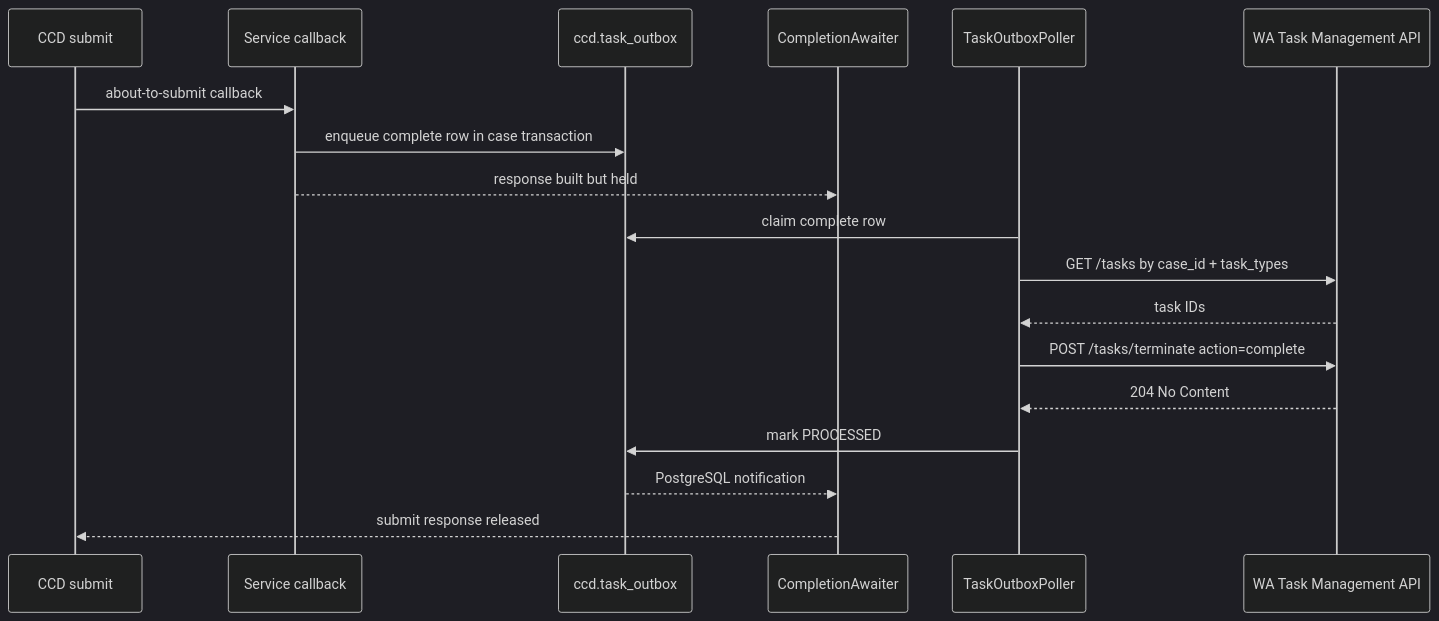
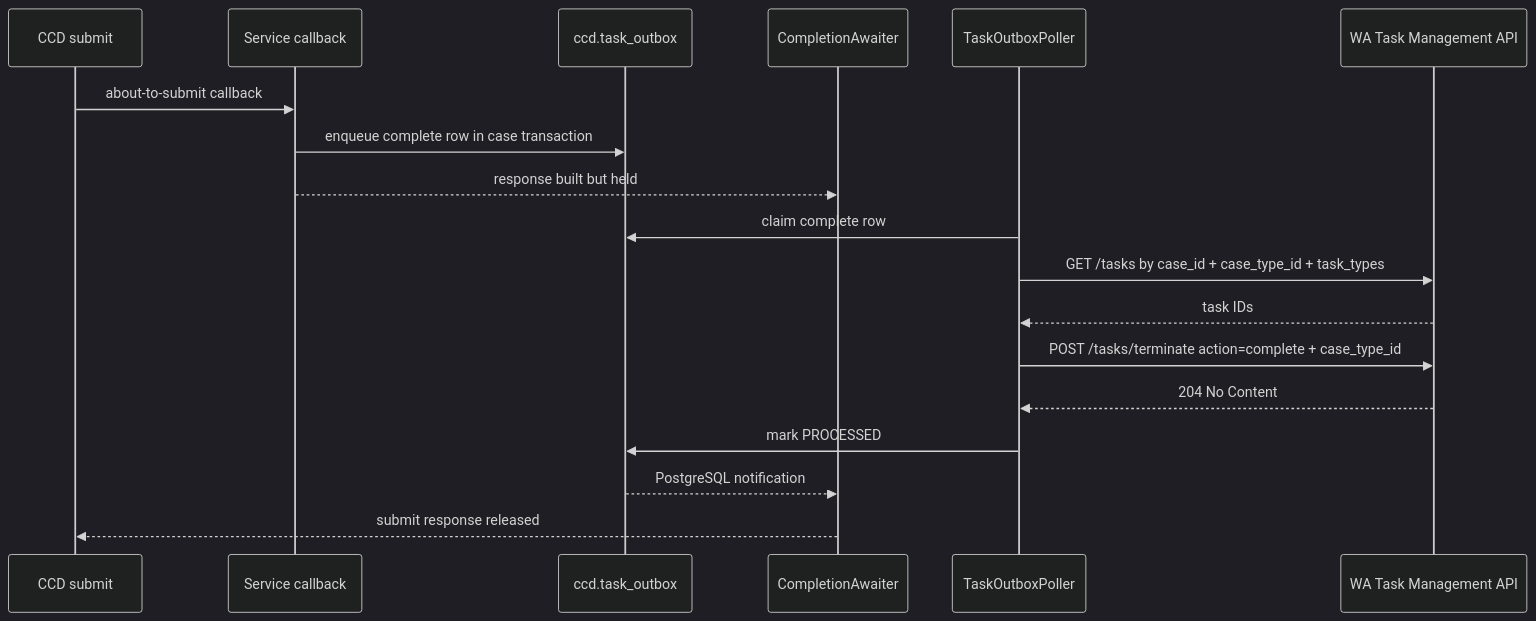
One commit to hmcts/dtsse-ccd-config-generator changed the second of 2 diagrams in docs/task-management/lld.md. Above: the diagram before and after it, drawn with Mermaid (dark theme). The commit also changed other lines of this file and 12 other files, not shown here.

Commit message:
use new case type scoped task mgmt apis

````diff
--- a/docs/task-management/lld.md
+++ b/docs/task-management/lld.md
@@ -455,21 +462,21 @@
 ```mermaid
 sequenceDiagram
   participant CCD as CCD submit
   participant SVC as Service callback
   participant OUT as ccd.task_outbox
   participant AWAIT as CompletionAwaiter
   participant POLL as TaskOutboxPoller
   participant API as WA Task Management API
 
   CCD->>SVC: about-to-submit callback
   SVC->>OUT: enqueue complete row in case transaction
   SVC-->>AWAIT: response built but held
   POLL->>OUT: claim complete row
-  POLL->>API: GET /tasks by case_id + task_types
+  POLL->>API: GET /tasks by case_id + case_type_id + task_types
   API-->>POLL: task IDs
-  POLL->>API: POST /tasks/terminate action=complete
+  POLL->>API: POST /tasks/terminate action=complete + case_type_id
   API-->>POLL: 204 No Content
   POLL->>OUT: mark PROCESSED
   OUT-->>AWAIT: PostgreSQL notification
   AWAIT-->>CCD: submit response released
 ```
````
